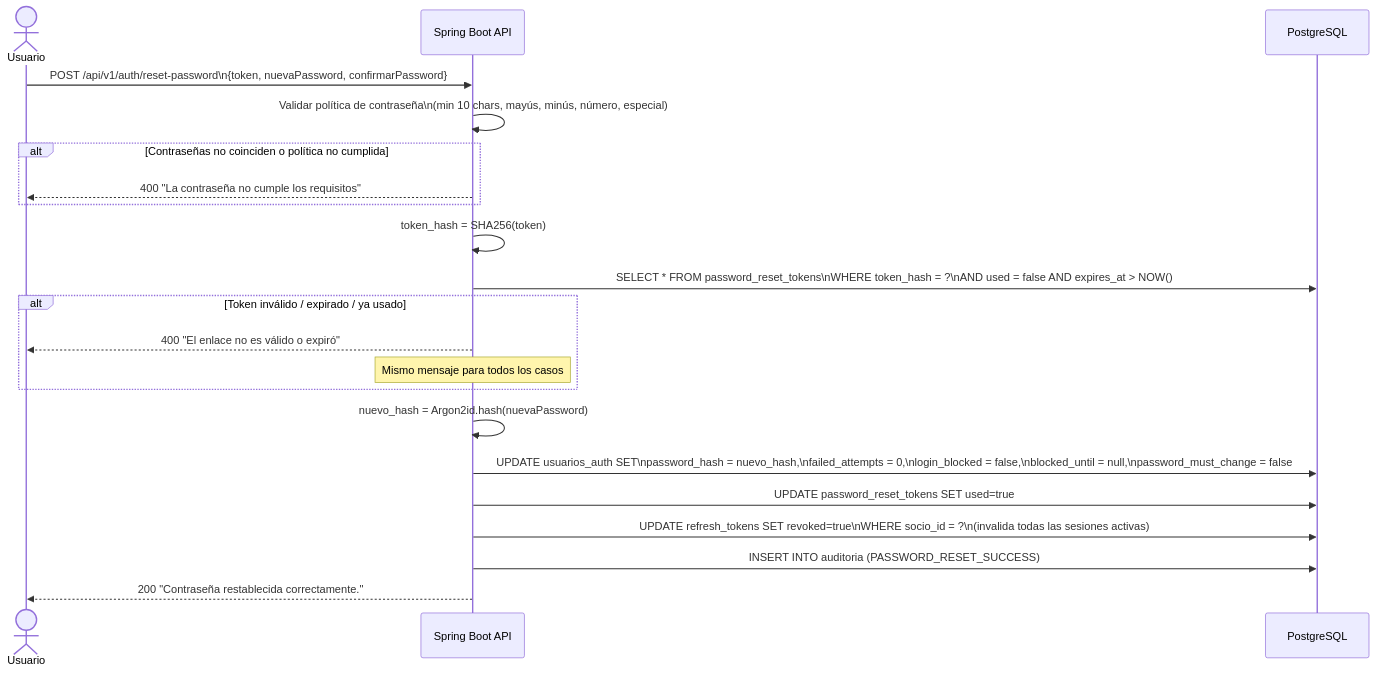
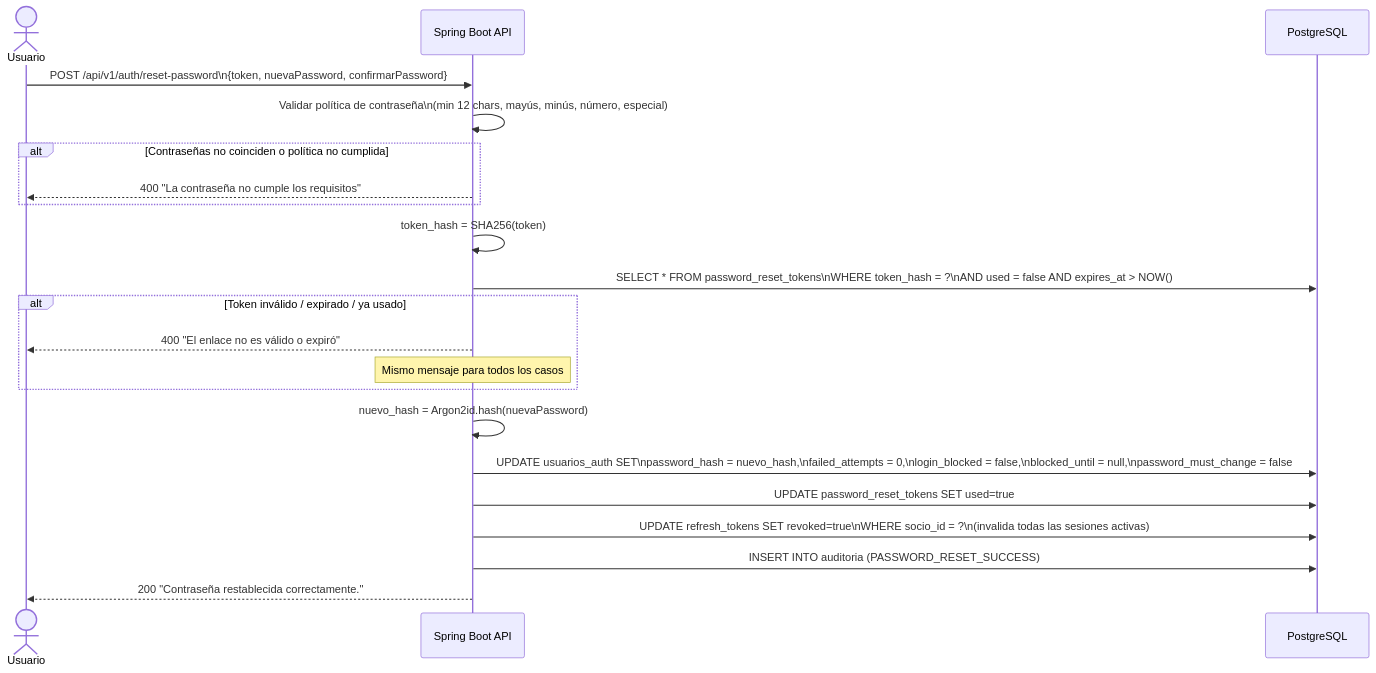
Before and after one commit to ovo86da/sadday-app: the second of 5 diagrams in docs/security/diagramas/03_flujo_reset_password.md, drawn with Mermaid. The commit also changed other lines of this file and 3 other files, not shown here.

Commit message:
docs(diagramas): corregir 4 errores factuales en diagramas y arquitectura general

````diff
--- a/docs/security/diagramas/03_flujo_reset_password.md
+++ b/docs/security/diagramas/03_flujo_reset_password.md
@@ -40,29 +40,29 @@
 ```mermaid
 sequenceDiagram
     actor U as Usuario
     participant API as Spring Boot API
     participant DB as PostgreSQL
 
     U->>API: POST /api/v1/auth/reset-password\n{token, nuevaPassword, confirmarPassword}
 
-    API->>API: Validar política de contraseña\n(min 10 chars, mayús, minús, número, especial)
+    API->>API: Validar política de contraseña\n(min 12 chars, mayús, minús, número, especial)
 
     alt Contraseñas no coinciden o política no cumplida
         API-->>U: 400 "La contraseña no cumple los requisitos"
     end
 
     API->>API: token_hash = SHA256(token)
     API->>DB: SELECT * FROM password_reset_tokens\nWHERE token_hash = ?\nAND used = false AND expires_at > NOW()
 
     alt Token inválido / expirado / ya usado
         API-->>U: 400 "El enlace no es válido o expiró"
         Note over API: Mismo mensaje para todos los casos
     end
 
     API->>API: nuevo_hash = Argon2id.hash(nuevaPassword)
     API->>DB: UPDATE usuarios_auth SET\npassword_hash = nuevo_hash,\nfailed_attempts = 0,\nlogin_blocked = false,\nblocked_until = null,\npassword_must_change = false
     API->>DB: UPDATE password_reset_tokens SET used=true
     API->>DB: UPDATE refresh_tokens SET revoked=true\nWHERE socio_id = ?\n(invalida todas las sesiones activas)
     API->>DB: INSERT INTO auditoria (PASSWORD_RESET_SUCCESS)
     API-->>U: 200 "Contraseña restablecida correctamente."
 ```
````
